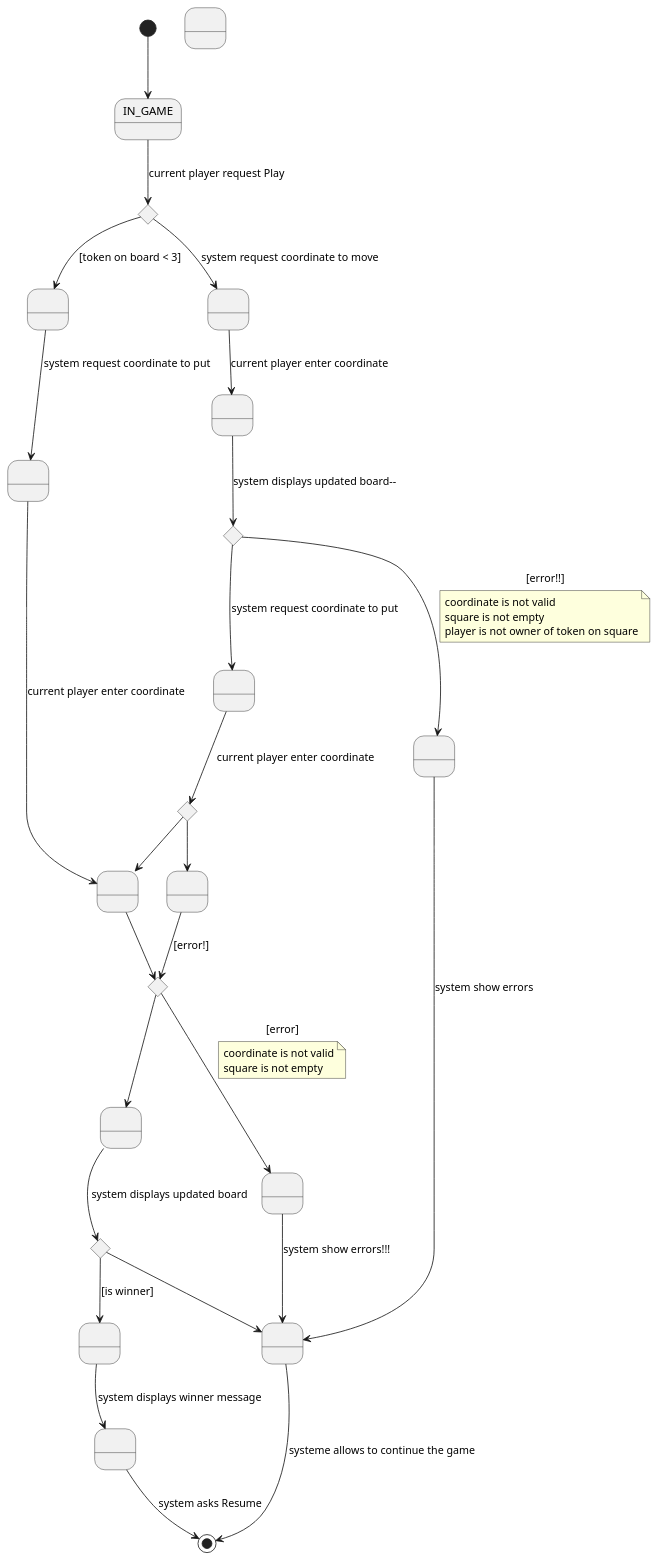
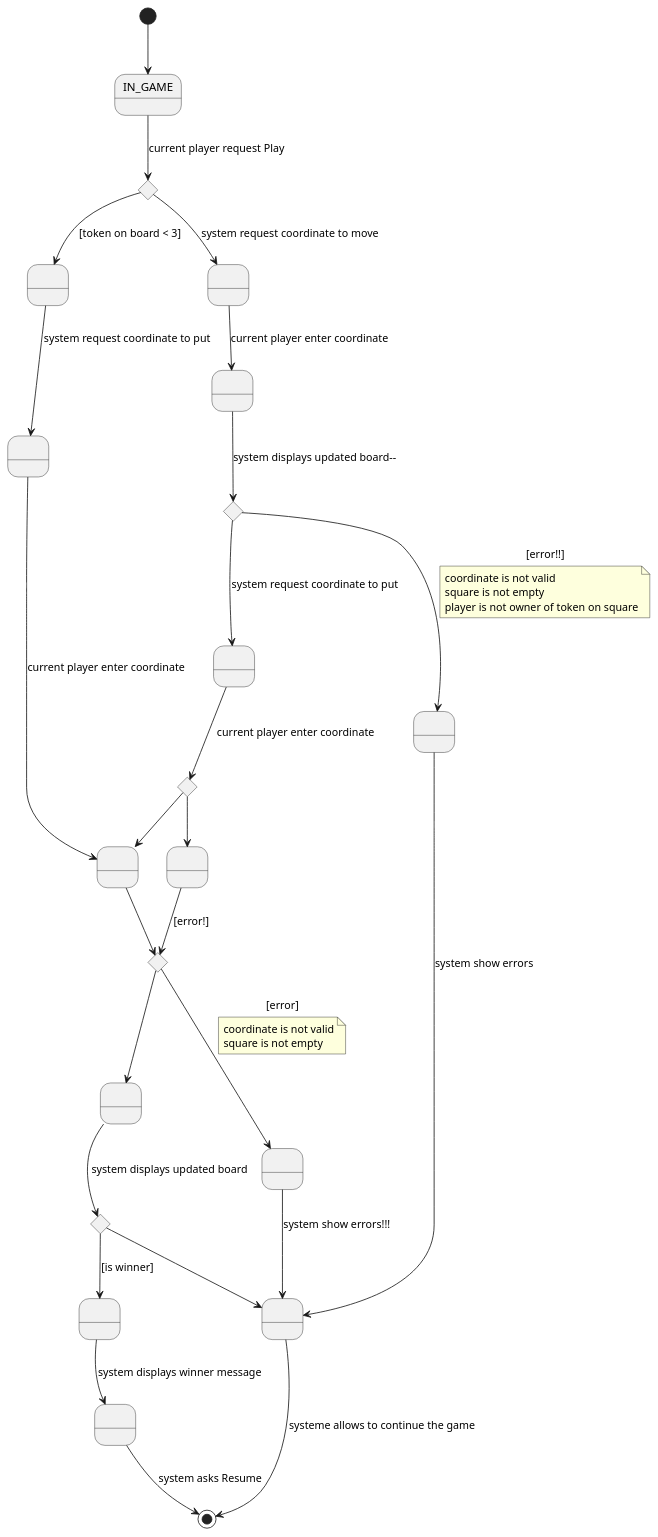
Before and after one commit to franpaulinoinfante/MasterSoftwareDevelopment: the third of 4 diagrams in src/TicTacToe/TicTacToeUseCaseContext.plantuml, drawn with PlantUML. The commit also changed other lines of this file and 1 other file, not shown here.

```diff
--- a/src/TicTacToe/TicTacToeUseCaseContext.plantuml
+++ b/src/TicTacToe/TicTacToeUseCaseContext.plantuml
@@ -34,61 +34,58 @@
 @startuml ViewUseCasePlay
 state IN_GAME
 state A as " "
 state B as " "
 state C as " "
 state D as " "
 state E as " "
 state F as " "
 state G as " "
 state H as " "
 state K as " "
 state L as " "
 state M as " "
 state N as " "
-
 state I as " "
-state J as " "
-state K as " "
 
 state if <<choice>>
 state if1 <<choice>>
 state if2 <<choice>>
 state if3 <<choice>>
 state if4 <<choice>>
 
 [*] --> IN_GAME
 IN_GAME --> if: current player request Play
 if --> A: [token on board < 3]
     if --> F: system request coordinate to move
     F --> G: current player enter coordinate
     G --> if2: system displays updated board--
     if2 --> H: system request coordinate to put
         if2 --> K: [error!!]
         note on link
             coordinate is not valid
             square is not empty
             player is not owner of token on square
         end note
         K --> L: system show errors
         L --> [*]: systeme allows to continue the game
     H --> if3: current player enter coordinate
     if3 --> M
         M --> if1: [error!]
     if3 --> C
     
 A --> B: system request coordinate to put 
 B --> C : current player enter coordinate
 C --> if1
     if1 --> N: [error]
     note on link
         coordinate is not valid
         square is not empty
     end note
     N --> L: system show errors!!!
 if1 --> D
 D --> if4: system displays updated board
     if4 --> L
 if4 --> E: [is winner]
 E --> I: system displays winner message
 I --> [*]: system asks Resume
 @enduml 
```
